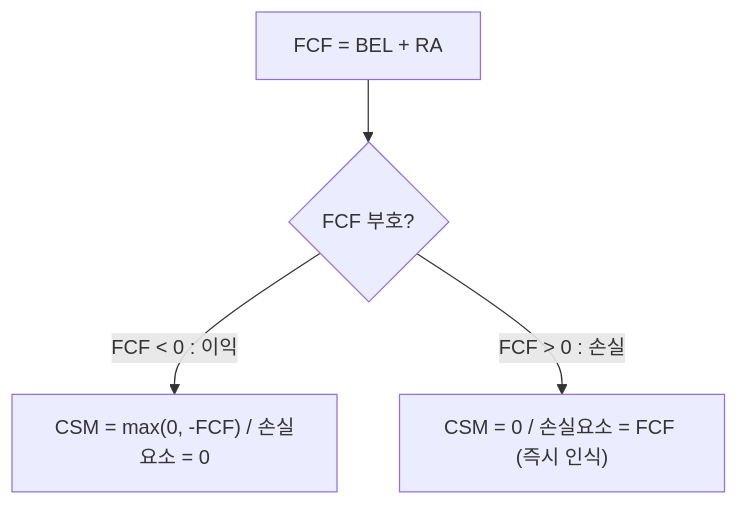
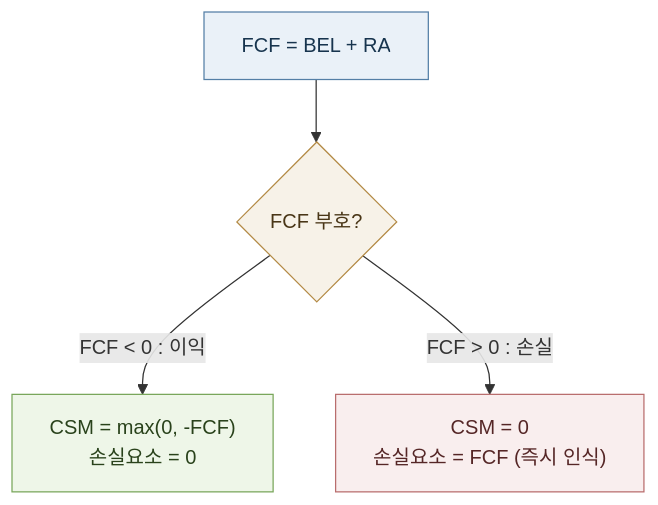
The diagram in docs/tutorial/02-bel-ra-csm.md (seokhoonj/fastcashflow), drawn with Mermaid before and after one commit. The commit also changed 14 other files, not shown here.

First line of the commit message:
docs: unify every diagram to one flowchart style and fix the brief/figure layout

````diff
--- a/docs/tutorial/02-bel-ra-csm.md
+++ b/docs/tutorial/02-bel-ra-csm.md
@@ -99,6 +99,14 @@
 ```{mermaid}
 flowchart TB
     FCF["FCF = BEL + RA"] --> Q{"FCF 부호?"}
-    Q -->|"FCF < 0 : 이익"| PROFIT["CSM = max(0, -FCF) / 손실요소 = 0"]
-    Q -->|"FCF > 0 : 손실"| LOSS["CSM = 0 / 손실요소 = FCF (즉시 인식)"]
+    Q -->|"FCF < 0 : 이익"| PROFIT["CSM = max(0, -FCF)<br/>손실요소 = 0"]
+    Q -->|"FCF > 0 : 손실"| LOSS["CSM = 0<br/>손실요소 = FCF (즉시 인식)"]
+    classDef stock fill:#eaf1f8,stroke:#547fa6,color:#17344e
+    classDef inflow fill:#eef6e8,stroke:#78a65a,color:#29421b
+    classDef outflow fill:#f9eeee,stroke:#b96d6d,color:#552626
+    classDef step fill:#f7f2e8,stroke:#b38a45,color:#493617
+    class FCF stock
+    class Q step
+    class PROFIT inflow
+    class LOSS outflow
 ```
````
